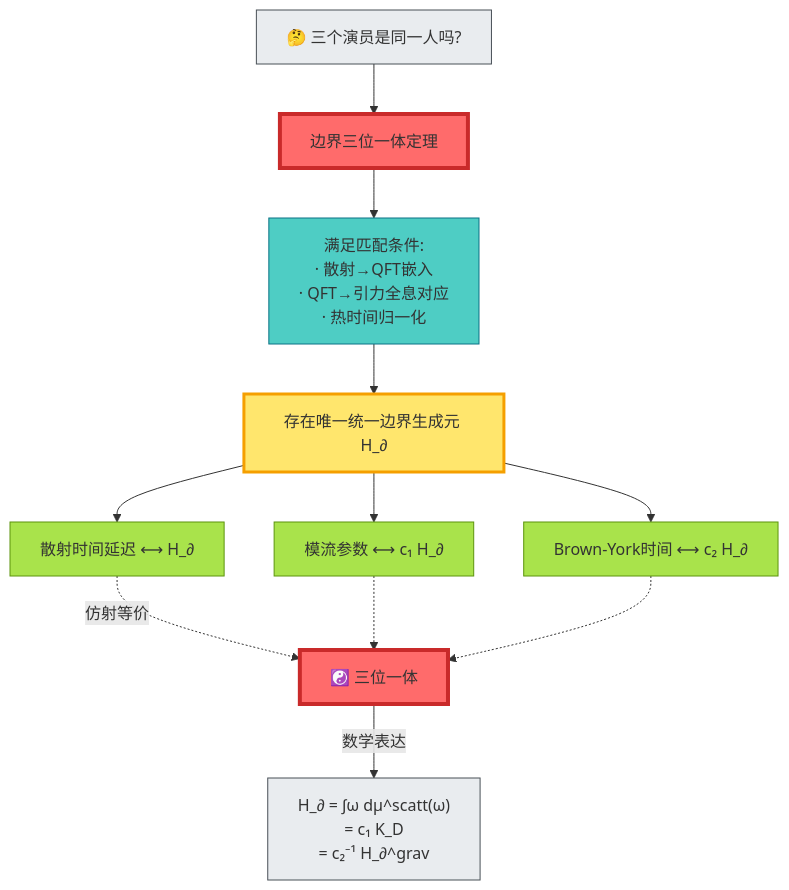
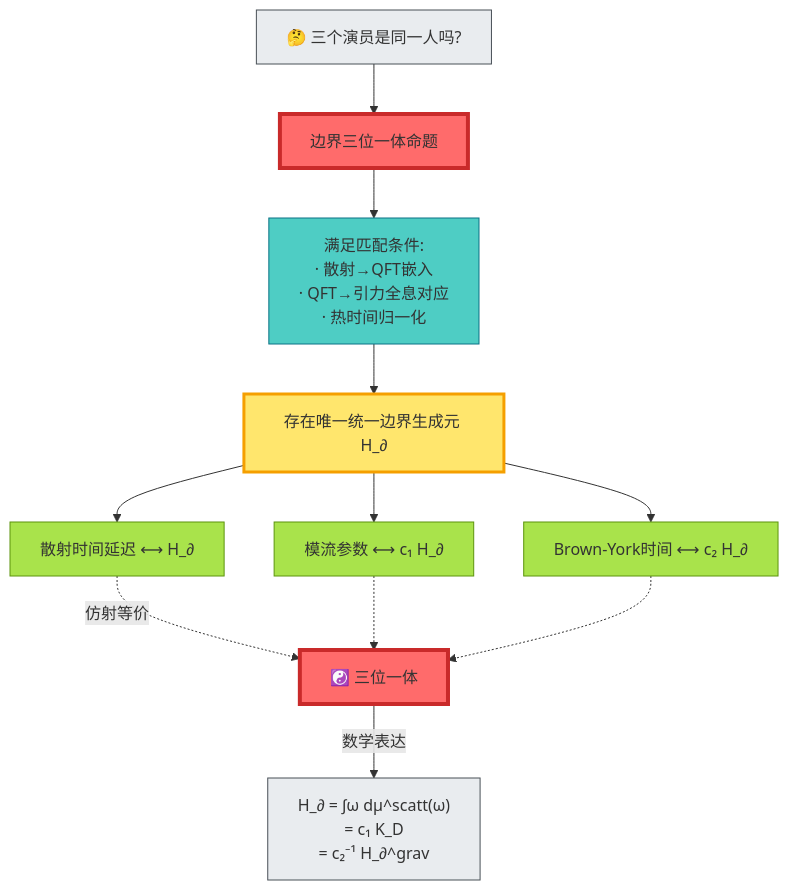
Before and after one commit to loning/zeckendorf-hilbert: the fourth of 10 diagrams in docs/euler-article/gls-union/06-boundary-theory/07-boundary-as-stage.md, drawn with Mermaid. The commit also changed other lines of this file and 111 other files, not shown here.

````diff
--- a/docs/euler-article/gls-union/06-boundary-theory/07-boundary-as-stage.md
+++ b/docs/euler-article/gls-union/06-boundary-theory/07-boundary-as-stage.md
@@ -255,30 +255,30 @@
 ```mermaid
 graph TB
     Question["🤔 三个演员是同一人吗?"]
 
-    Question --> Theorem["边界三位一体定理"]
+    Question --> Theorem["边界三位一体命题"]
 
     Theorem --> Condition["满足匹配条件:<br/>· 散射→QFT嵌入<br/>· QFT→引力全息对应<br/>· 热时间归一化"]
 
     Condition --> Result["存在唯一统一边界生成元 H_∂"]
 
     Result --> R1["散射时间延迟 ⟷ H_∂"]
     Result --> R2["模流参数 ⟷ c₁ H_∂"]
     Result --> R3["Brown-York时间 ⟷ c₂ H_∂"]
 
     R1 -.->|"仿射等价"| Unity["☯️ 三位一体"]
     R2 -.-> Unity
     R3 -.-> Unity
 
     Unity -->|"数学表达"| Formula["H_∂ = ∫ω dμ^scatt(ω)<br/>= c₁ K_D<br/>= c₂⁻¹ H_∂^grav"]
 
     style Question fill:#e9ecef,stroke:#495057
     style Theorem fill:#ff6b6b,stroke:#c92a2a,stroke-width:4px
     style Condition fill:#4ecdc4,stroke:#0b7285
     style Result fill:#ffe66d,stroke:#f59f00,stroke-width:3px
     style R1 fill:#a9e34b,stroke:#5c940d
     style R2 fill:#a9e34b,stroke:#5c940d
     style R3 fill:#a9e34b,stroke:#5c940d
     style Unity fill:#ff6b6b,stroke:#c92a2a,stroke-width:4px
     style Formula fill:#e9ecef,stroke:#495057
 ```
````
